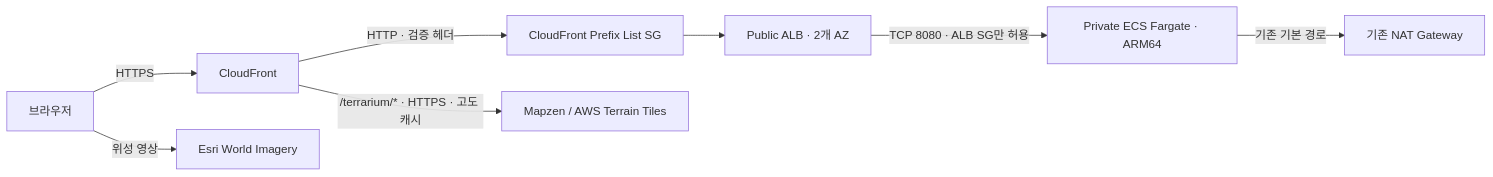
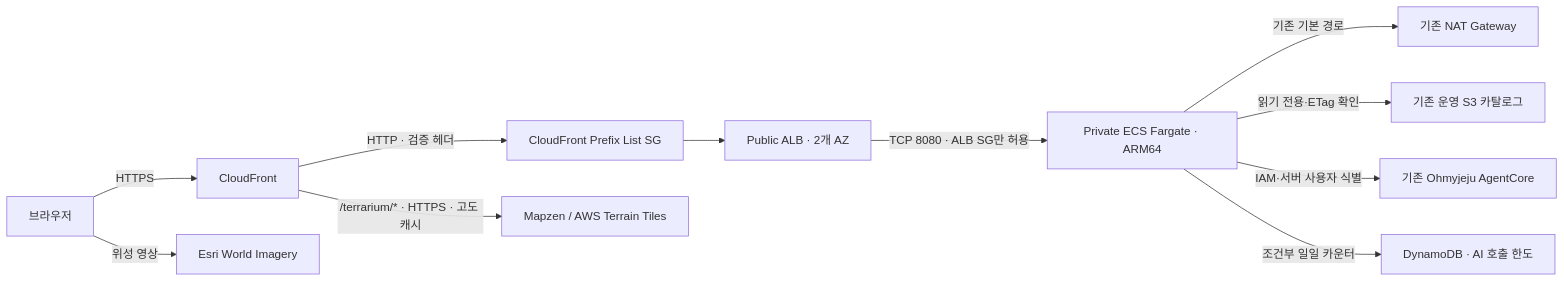
Before and after one commit to whchoi98/jeju-atlas: the diagram in README.md, drawn with Mermaid. The commit also changed other lines of this file and 38 other files, not shown here.

````diff
--- a/README.md
+++ b/README.md
@@ -35,10 +54,13 @@
 ```mermaid
 flowchart LR
     Browser["브라우저"] -->|HTTPS| CF["CloudFront"]
     CF -->|HTTP · 검증 헤더| SG["CloudFront Prefix List SG"]
     SG --> ALB["Public ALB · 2개 AZ"]
     ALB -->|TCP 8080 · ALB SG만 허용| ECS["Private ECS Fargate · ARM64"]
     ECS -->|기존 기본 경로| NAT["기존 NAT Gateway"]
+    ECS -->|읽기 전용·ETag 확인| Catalog["기존 운영 S3 카탈로그"]
+    ECS -->|IAM·서버 사용자 식별| Agent["기존 Ohmyjeju AgentCore"]
+    ECS -->|조건부 일일 카운터| Quota["DynamoDB · AI 호출 한도"]
     CF -->|"/terrarium/* · HTTPS · 고도 캐시"| DEM["Mapzen / AWS Terrain Tiles"]
     Browser -->|위성 영상| Esri["Esri World Imagery"]
 ```
````
